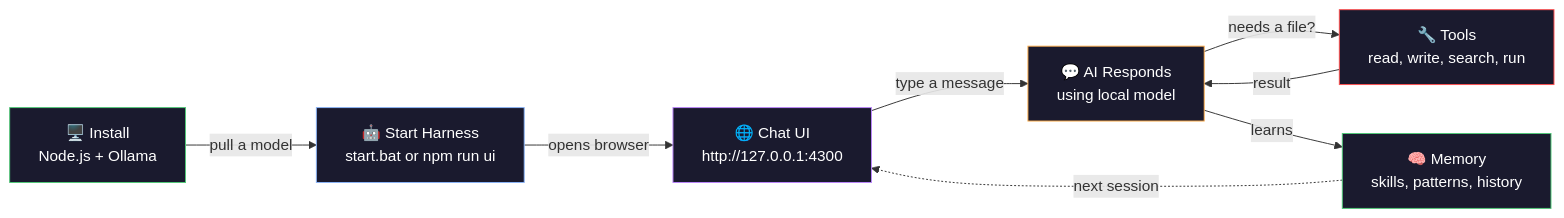
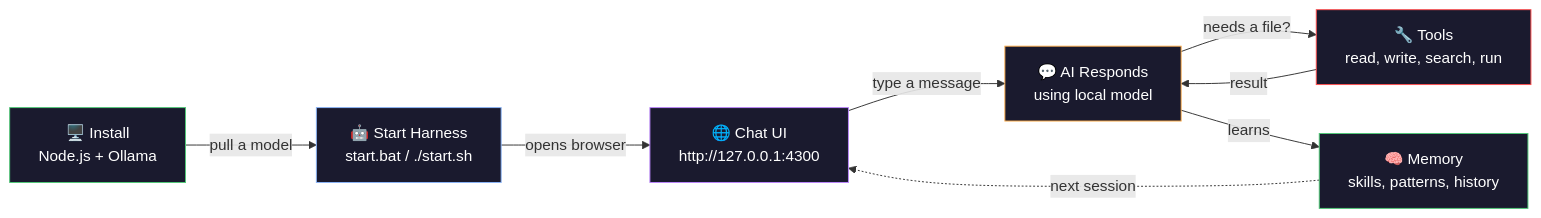
Before and after one commit to Bradliebs/ollama-agent-harness: the first of 2 diagrams in README.md, drawn with Mermaid. The commit also changed other lines of this file and 21 other files, not shown here.

````diff
--- a/README.md
+++ b/README.md
@@ -43,17 +43,17 @@
 ```mermaid
 flowchart LR
-    A["🖥️ Install\nNode.js + Ollama"] -->|pull a model| B["🤖 Start Harness\nstart.bat or npm run ui"]
+    A["🖥️ Install\nNode.js + Ollama"] -->|pull a model| B["🤖 Start Harness\nstart.bat / ./start.sh"]
     B -->|opens browser| C["🌐 Chat UI\nhttp://127.0.0.1:4300"]
     C -->|type a message| D["💬 AI Responds\nusing local model"]
     D -->|needs a file?| E["🔧 Tools\nread, write, search, run"]
     E -->|result| D
     D -->|learns| F["🧠 Memory\nskills, patterns, history"]
     F -.->|next session| C
 
     style A fill:#1a1a2e,stroke:#50c878,color:#fff
     style B fill:#1a1a2e,stroke:#8ab4f8,color:#fff
     style C fill:#1a1a2e,stroke:#bb86fc,color:#fff
     style D fill:#1a1a2e,stroke:#ffb050,color:#fff
     style E fill:#1a1a2e,stroke:#ff5050,color:#fff
     style F fill:#1a1a2e,stroke:#50c878,color:#fff
 ```
````
